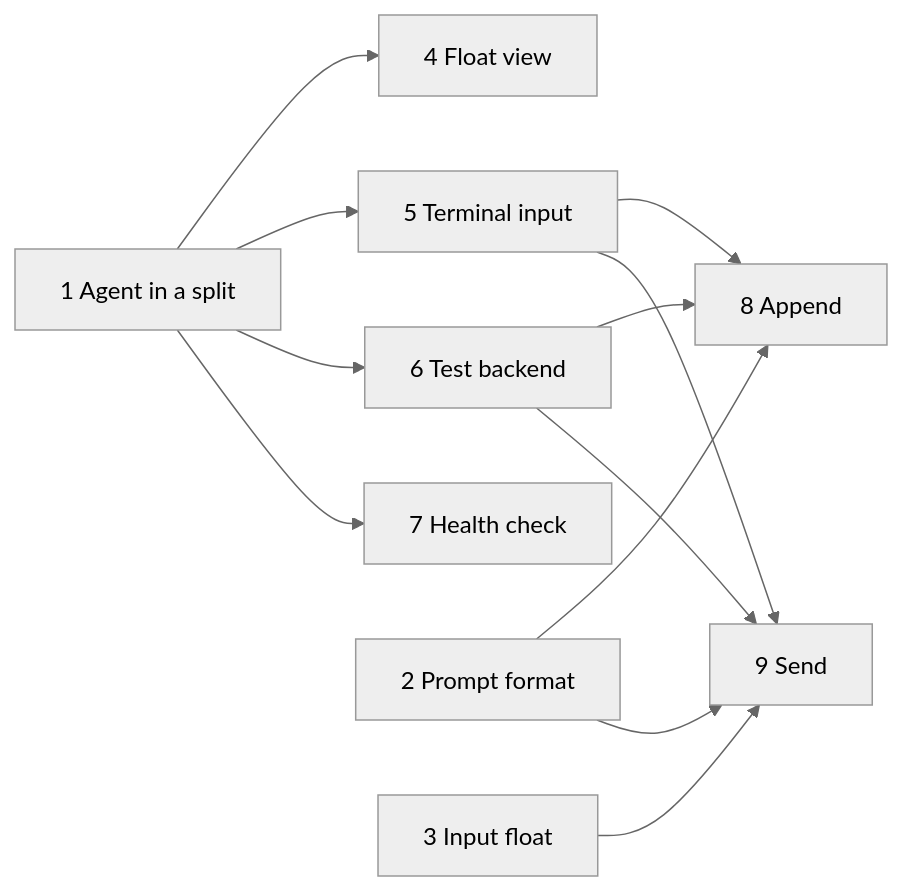
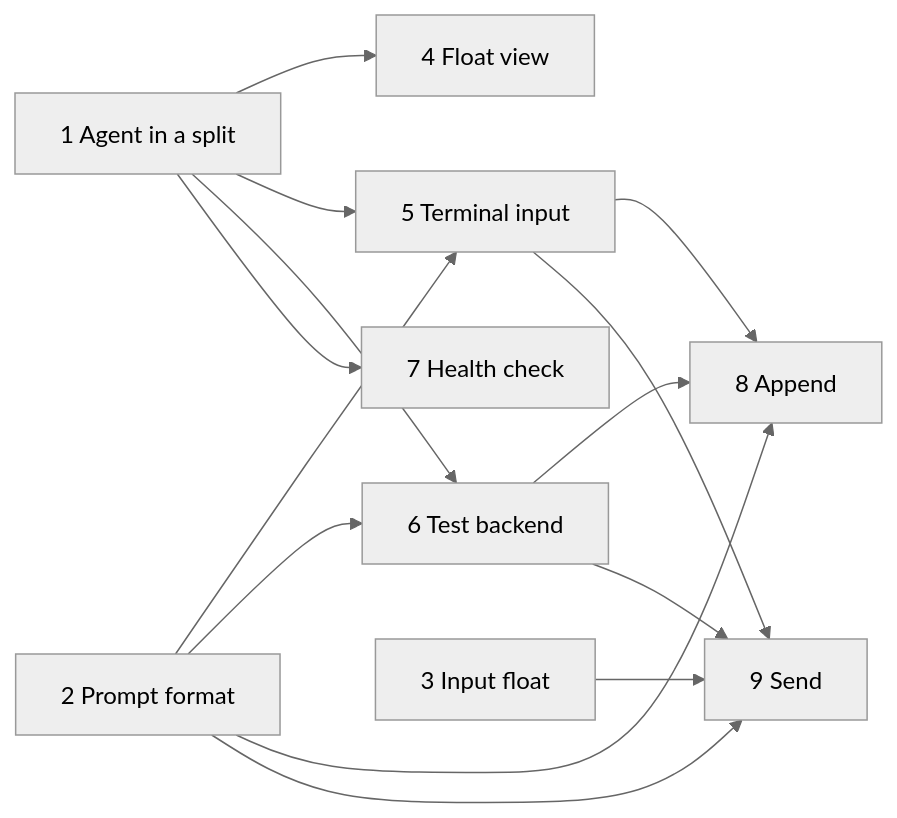
The second of 2 diagrams in docs/architecture/agent.md (nickciaravella/didymus.nvim), drawn with Mermaid (neutral theme) before and after one commit. The commit also changed other lines of this file, not shown here.

````diff
--- a/docs/architecture/agent.md
+++ b/docs/architecture/agent.md
@@ -282,14 +282,16 @@
 ```mermaid
 flowchart LR
   t1["1 Agent in a split"] --> t4["4 Float view"]
   t1 --> t5["5 Terminal input"]
   t1 --> t6["6 Test backend"]
   t1 --> t7["7 Health check"]
-  t2["2 Prompt format"] --> t8["8 Append"]
+  t2["2 Prompt format"] --> t5
+  t2 --> t6
+  t2 --> t8["8 Append"]
   t5 --> t8
   t6 --> t8
   t2 --> t9["9 Send"]
   t3["3 Input float"] --> t9
   t5 --> t9
   t6 --> t9
 ```
````
